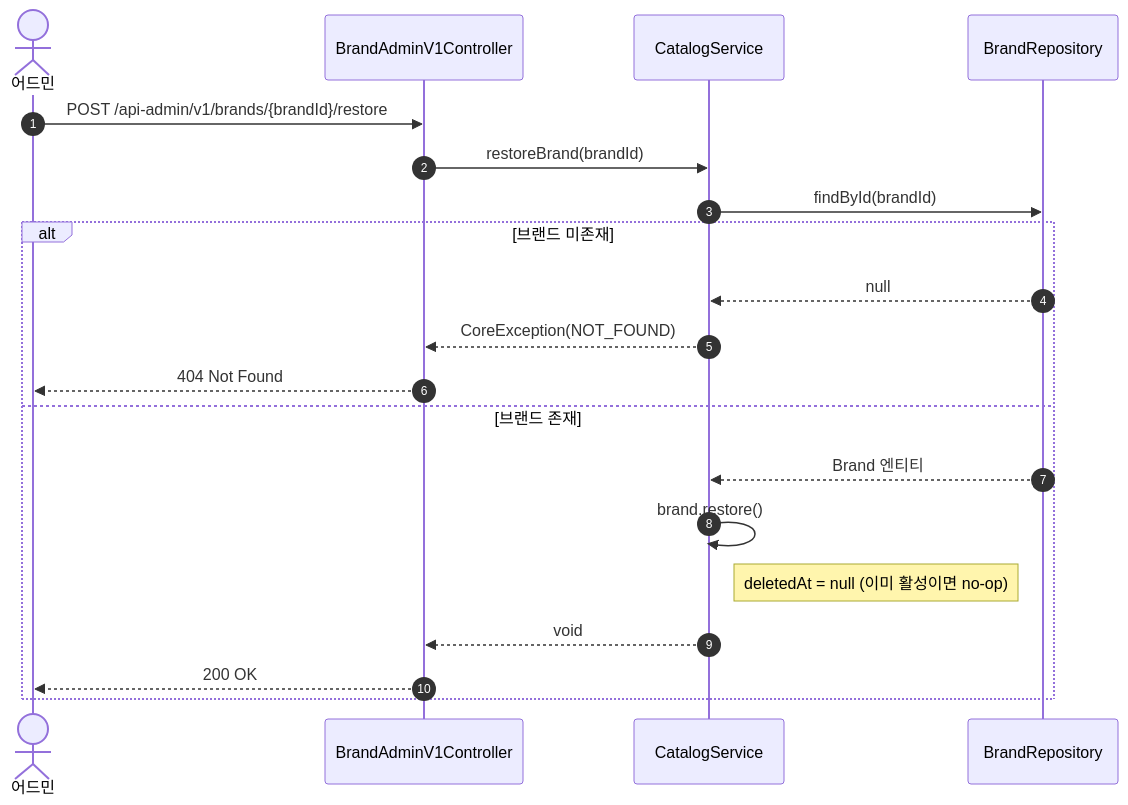
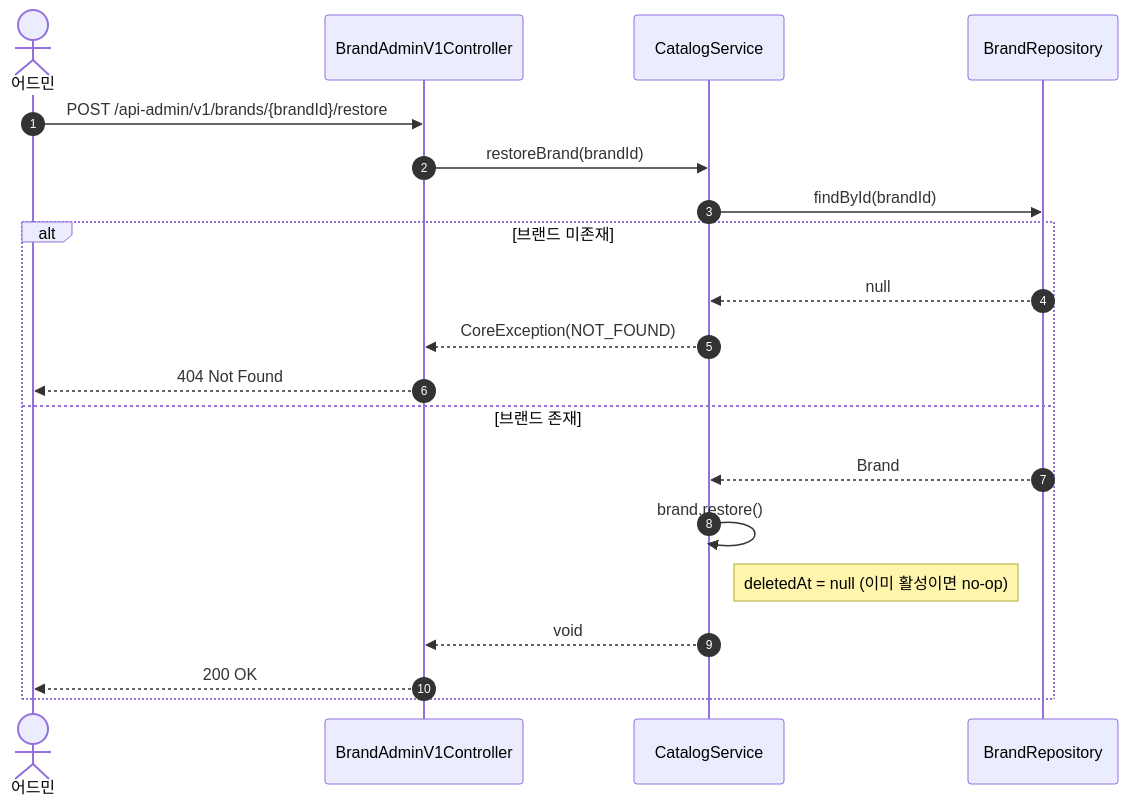
Before and after one commit to Loopers-dev-lab/loop-pack-be-l2-vol3-kotlin: the ninth of 26 diagrams in docs/design/02-sequence-diagrams.md, drawn with Mermaid. The commit also changed other lines of this file and 6 other files, not shown here.

````diff
--- a/docs/design/02-sequence-diagrams.md
+++ b/docs/design/02-sequence-diagrams.md
@@ -238,23 +238,23 @@
 ```mermaid
 sequenceDiagram
     autonumber
     actor Admin as 어드민
     participant C as BrandAdminV1Controller
     participant S as CatalogService
     participant R as BrandRepository
 
     Admin ->> C: POST /api-admin/v1/brands/{brandId}/restore
     C ->> S: restoreBrand(brandId)
     S ->> R: findById(brandId)
     alt 브랜드 미존재
         R -->> S: null
         S -->> C: CoreException(NOT_FOUND)
         C -->> Admin: 404 Not Found
     else 브랜드 존재
-        R -->> S: Brand 엔티티
+        R -->> S: Brand
         S ->> S: brand.restore()
         Note right of S: deletedAt = null (이미 활성이면 no-op)
         S -->> C: void
         C -->> Admin: 200 OK
     end
 ```
````
